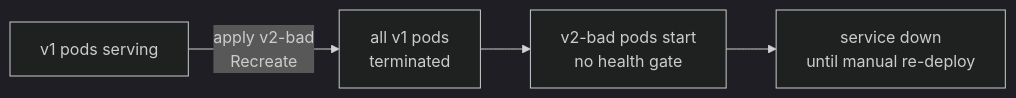
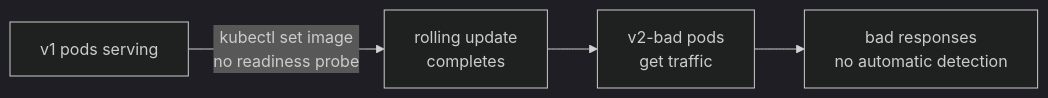
The first of 2 diagrams in pains/09-cant-roll-back.md (arun-gupta/the-pain-first-way), drawn with Mermaid (dark theme) before and after one commit. The commit also changed other lines of this file and 3 other files, not shown here.

````diff
--- a/pains/09-cant-roll-back.md
+++ b/pains/09-cant-roll-back.md
@@ -13,6 +13,6 @@
 ```mermaid
 graph LR
-    V1["v1 pods serving"] -->|"apply v2-bad\nRecreate"| T["all v1 pods\nterminated"]
-    T --> C["v2-bad pods start\nno health gate"]
-    C --> D["service down\nuntil manual re-deploy"]
+    V1["v1 pods serving"] -->|"kubectl set image\nno readiness probe"| R["rolling update\ncompletes"]
+    R --> B["v2-bad pods\nget traffic"]
+    B --> D["bad responses\nno automatic detection"]
 ```
````
